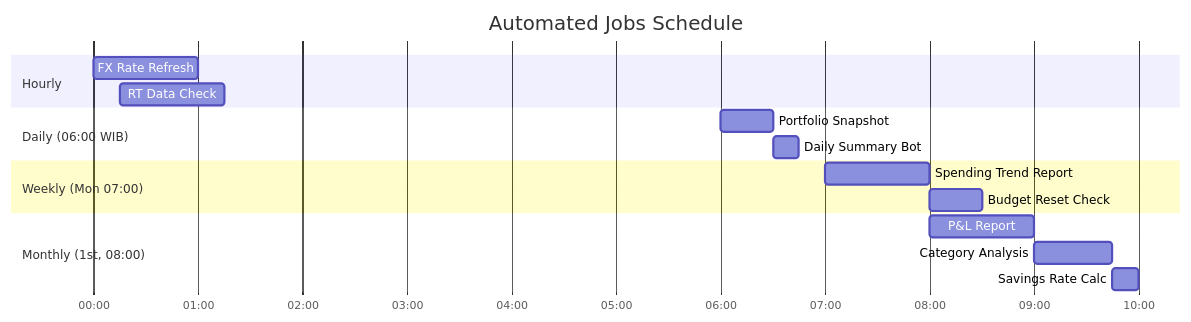
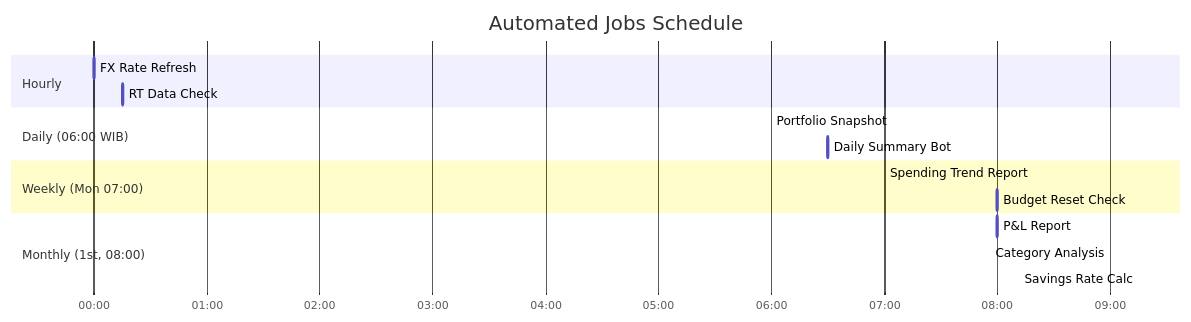
The diagram in ai-pipeline/ai-flow.md (IgnatiusHarry/Wealthfolio-Portfolio), drawn with Mermaid before and after one commit. The commit also changed other lines of this file and 21 other files, not shown here.

````diff
--- a/ai-pipeline/ai-flow.md
+++ b/ai-pipeline/ai-flow.md
@@ -102,23 +341,23 @@
 ```mermaid
 gantt
     title Automated Jobs Schedule
     dateFormat HH:mm
     axisFormat %H:%M
 
     section Hourly
-    FX Rate Refresh     :00:00, 1h
-    RT Data Check       :00:15, 1h
+    FX Rate Refresh     :00:00, 30s
+    RT Data Check       :00:15, 30s
 
     section Daily (06:00 WIB)
-    Portfolio Snapshot  :06:00, 30m
-    Daily Summary Bot   :06:30, 15m
+    Portfolio Snapshot  :06:00, 10s
+    Daily Summary Bot   :06:30, 10s
 
     section Weekly (Mon 07:00)
-    Spending Trend Report   :07:00, 1h
-    Budget Reset Check      :08:00, 30m
+    Spending Trend Report   :07:00, 15s
+    Budget Reset Check      :08:00, 10s
 
     section Monthly (1st, 08:00)
-    P&L Report          :08:00, 1h
-    Category Analysis   :09:00, 45m
-    Savings Rate Calc   :09:45, 15m
+    P&L Report          :08:00, 20s
+    Category Analysis   :09:00, 15s
+    Savings Rate Calc   :09:15, 10s
 ```
````
